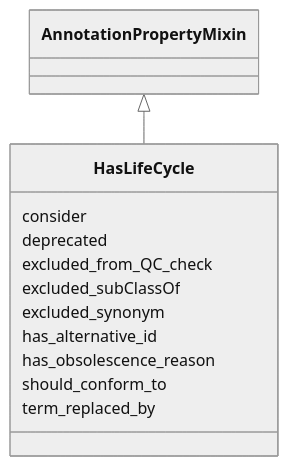
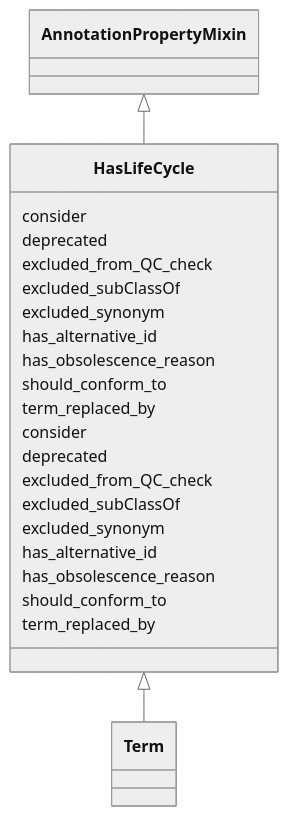
Before and after one commit to INCATools/ontology-access-kit: the diagram in ontology-metadata/HasLifeCycle.md, drawn with Mermaid (neutral theme). The commit also changed 245 other files, not shown here.

````diff
--- a/ontology-metadata/HasLifeCycle.md
+++ b/ontology-metadata/HasLifeCycle.md
@@ -13,16 +13,29 @@
 ```{mermaid}
  classDiagram
+    class HasLifeCycle
       AnnotationPropertyMixin <|-- HasLifeCycle
       
       HasLifeCycle : consider
       HasLifeCycle : deprecated
       HasLifeCycle : excluded_from_QC_check
       HasLifeCycle : excluded_subClassOf
       HasLifeCycle : excluded_synonym
       HasLifeCycle : has_alternative_id
       HasLifeCycle : has_obsolescence_reason
       HasLifeCycle : should_conform_to
       HasLifeCycle : term_replaced_by
       
 
+      HasLifeCycle <|-- Term
+      
+      HasLifeCycle : consider
+      HasLifeCycle : deprecated
+      HasLifeCycle : excluded_from_QC_check
+      HasLifeCycle : excluded_subClassOf
+      HasLifeCycle : excluded_synonym
+      HasLifeCycle : has_alternative_id
+      HasLifeCycle : has_obsolescence_reason
+      HasLifeCycle : should_conform_to
+      HasLifeCycle : term_replaced_by
+      
 ```
````
